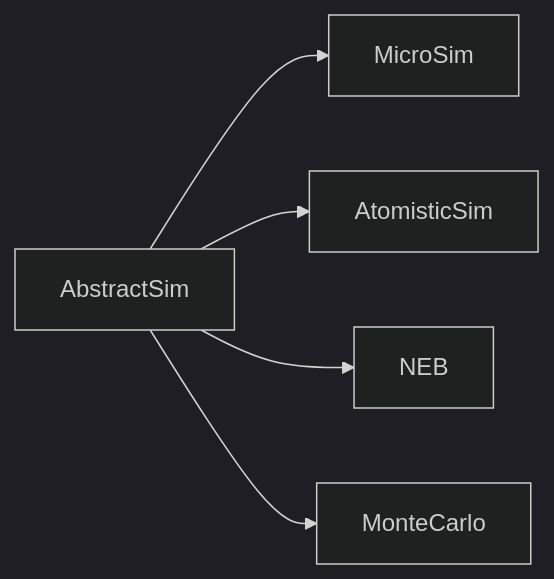
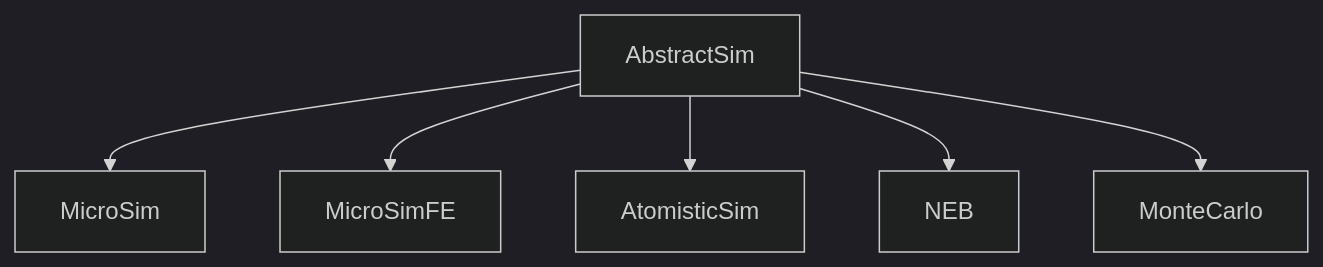
The second of 4 diagrams in docs/src/basics.md (MagneticSimulation/MicroMagnetic.jl), drawn with Mermaid (dark theme) before and after one commit. The commit also changed other lines of this file and 2 other files, not shown here.

Commit message:
fix output folder name in run_sim

````diff
--- a/docs/src/basics.md
+++ b/docs/src/basics.md
@@ -30,7 +30,8 @@
 ```mermaid
-graph LR
+graph TD
    AbstractSim --> MicroSim
+   AbstractSim --> MicroSimFE
    AbstractSim --> AtomisticSim
    AbstractSim --> NEB
    AbstractSim --> MonteCarlo
 ```
````
